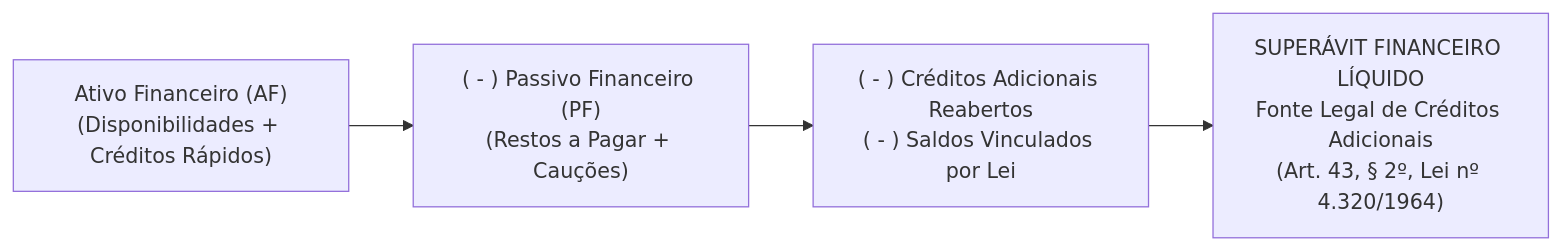
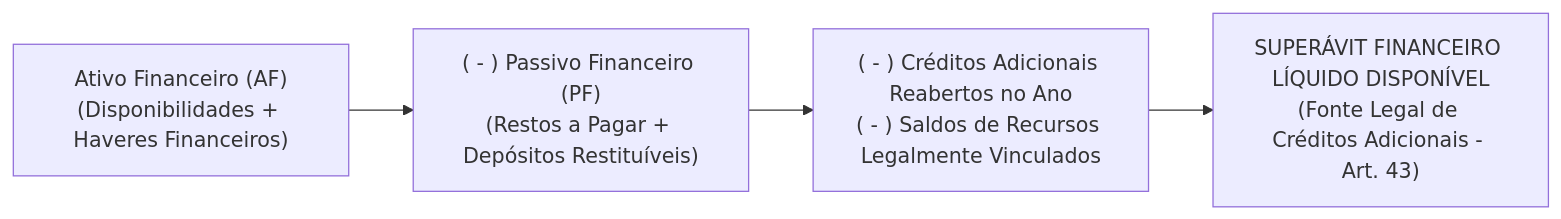
The fourth of 6 diagrams in fontes_de_estudo/conhecimentos_especificos_a01_tecnico_administrativo/20_contabilidade_aplicada_ao_setor_publico/04_demonstracoes_contabeis_mcasp_e_prestacao_de_contas.md (thiagosantos346/TCE-GO-2027), drawn with Mermaid before and after one commit. The commit also changed other lines of this file and 119 other files, not shown here.

````diff
--- a/fontes_de_estudo/conhecimentos_especificos_a01_tecnico_administrativo/20_contabilidade_aplicada_ao_setor_publico/04_demonstracoes_contabeis_mcasp_e_prestacao_de_contas.md
+++ b/fontes_de_estudo/conhecimentos_especificos_a01_tecnico_administrativo/20_contabilidade_aplicada_ao_setor_publico/04_demonstracoes_contabeis_mcasp_e_prestacao_de_contas.md
@@ -157,6 +148,6 @@
 ```mermaid
 flowchart LR
-    AF["Ativo Financeiro (AF)<br/>(Disponibilidades + Créditos Rápidos)"] --> Subtracao["( - ) Passivo Financeiro (PF)<br/>(Restos a Pagar + Cauções)"]
-    Subtracao --> Deducoes["( - ) Créditos Adicionais Reabertos<br/>( - ) Saldos Vinculados por Lei"]
-    Deducoes --> SF["SUPERÁVIT FINANCEIRO LÍQUIDO<br/>Fonte Legal de Créditos Adicionais<br/>(Art. 43, § 2º, Lei nº 4.320/1964)"]
+    AF["Ativo Financeiro (AF)<br/>(Disponibilidades + Haveres Financeiros)"] --> SubPF["( - ) Passivo Financeiro (PF)<br/>(Restos a Pagar + Depósitos Restituíveis)"]
+    SubPF --> SubDed["( - ) Créditos Adicionais Reabertos no Ano<br/>( - ) Saldos de Recursos Legalmente Vinculados"]
+    SubDed --> SF["SUPERÁVIT FINANCEIRO LÍQUIDO DISPONÍVEL<br/>(Fonte Legal de Créditos Adicionais - Art. 43)"]
 ```
````
